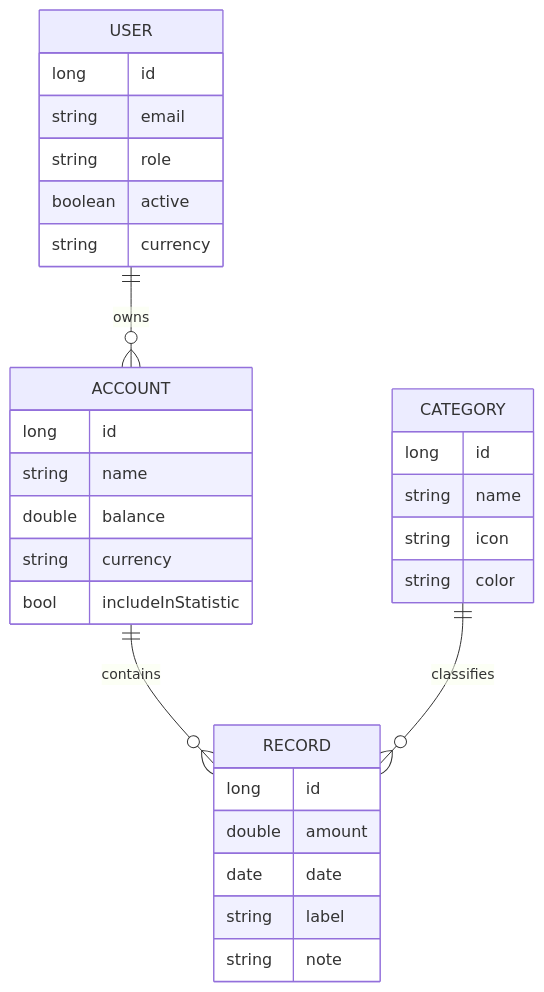
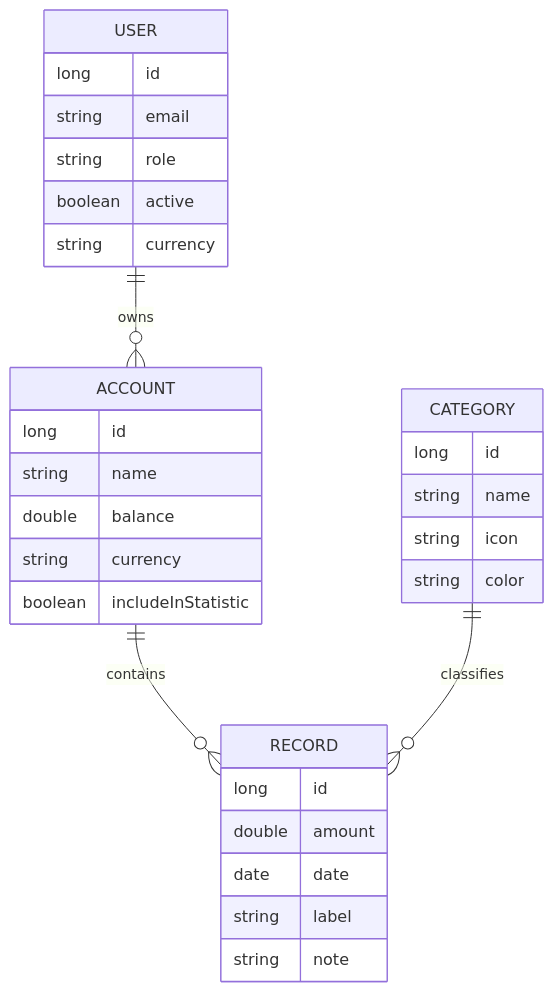
The second of 2 diagrams in README.md (saMM7111/Finance-Dashboard-BE), drawn with Mermaid before and after one commit. The commit also changed other lines of this file, not shown here.

````diff
--- a/README.md
+++ b/README.md
@@ -55,37 +78,37 @@
 ```mermaid
 erDiagram
-		USER ||--o{ ACCOUNT : owns
-		ACCOUNT ||--o{ RECORD : contains
-		CATEGORY ||--o{ RECORD : classifies
+  USER ||--o{ ACCOUNT : owns
+  ACCOUNT ||--o{ RECORD : contains
+  CATEGORY ||--o{ RECORD : classifies
 
-		USER {
-				long id
-				string email
-				string role
-				boolean active
-				string currency
-		}
+  USER {
+    long id
+    string email
+    string role
+    boolean active
+    string currency
+  }
 
-		ACCOUNT {
-				long id
-				string name
-				double balance
-				string currency
-				bool includeInStatistic
-		}
+  ACCOUNT {
+    long id
+    string name
+    double balance
+    string currency
+    boolean includeInStatistic
+  }
 
-		RECORD {
-				long id
-				double amount
-				date date
-				string label
-				string note
-		}
+  RECORD {
+    long id
+    double amount
+    date date
+    string label
+    string note
+  }
 
-		CATEGORY {
-				long id
-				string name
-				string icon
-				string color
-		}
+  CATEGORY {
+    long id
+    string name
+    string icon
+    string color
+  }
 ```
````
